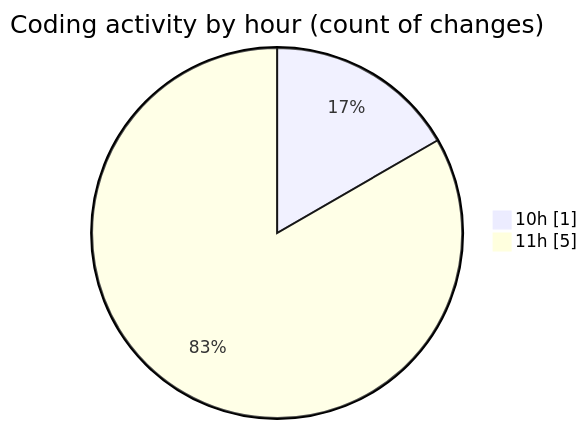
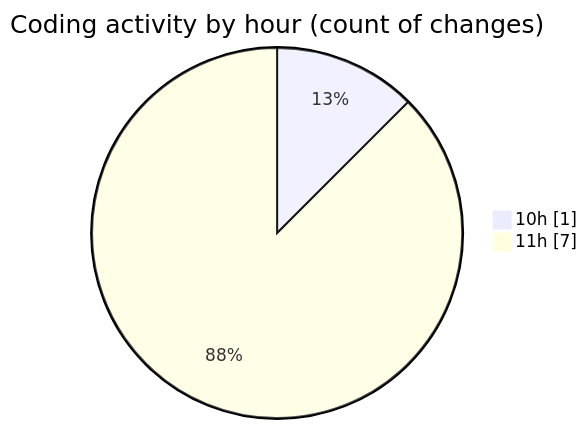
One commit to nxtqubesakshisongat/code-tracking changed the second of 2 diagrams in 2025-06-26/nxtqube_webapp/README.md. Above: the diagram before and after it, drawn with Mermaid. The commit also changed other lines of this file and 1 other file, not shown here.

````diff
--- a/2025-06-26/nxtqube_webapp/README.md
+++ b/2025-06-26/nxtqube_webapp/README.md
@@ -28,6 +28,6 @@
 ```mermaid
 pie showData
 title Coding activity by hour (count of changes)
 "10h" : 1
-"11h" : 5
+"11h" : 7
 ```
````
